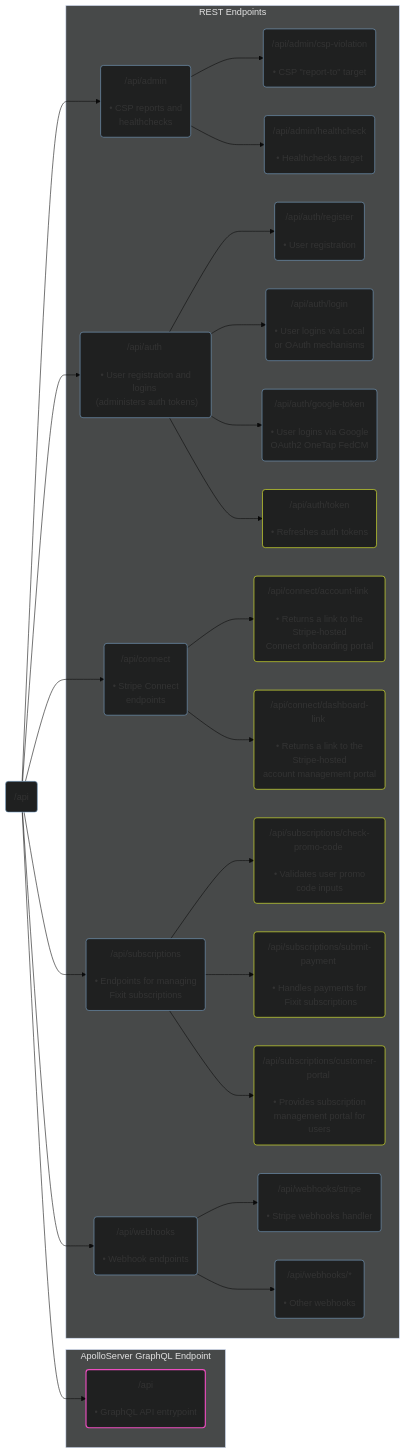
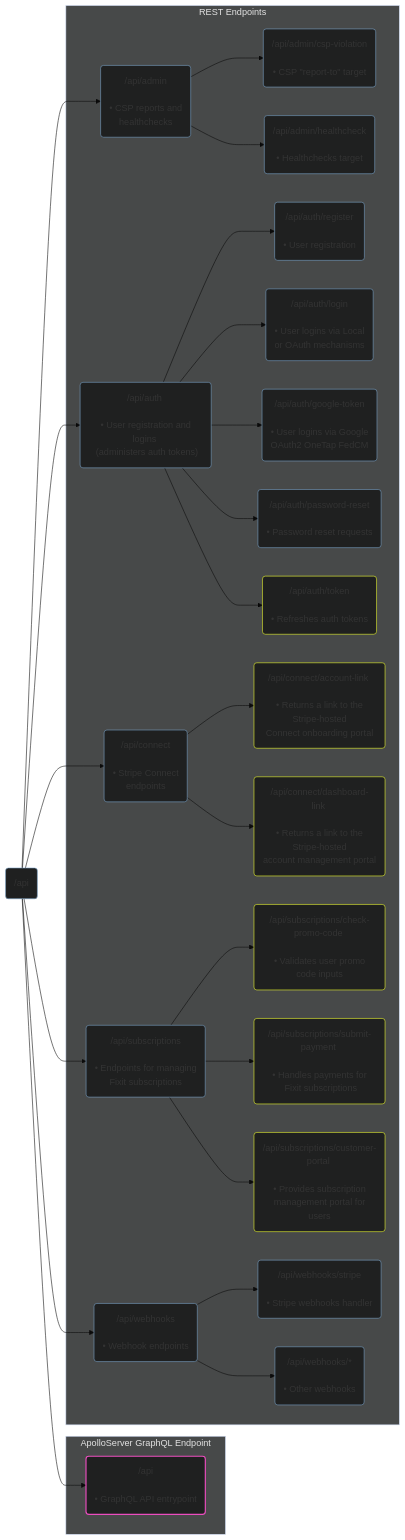
One commit to Nerdware-LLC/fixit-api changed the diagram in README.md. Above: the diagram before and after it, drawn with Mermaid (base theme). The commit also changed 19 other files, not shown here.

First line of the commit message:
feat: add reset-password functionality

````diff
--- a/README.md
+++ b/README.md
@@ -169,36 +169,37 @@
 ```mermaid
 flowchart LR
   root("/api") --> api("/api \n­\n • GraphQL API entrypoint")
   root --> admin("/api/admin \n­\n • CSP reports and \n healthchecks")
   root --> auth("/api/auth \n­\n • User registration and logins \n (administers auth tokens)")
   root --> connect("/api/connect \n­\n • Stripe Connect \n endpoints")
   root --> subs("/api/subscriptions \n­\n • Endpoints for managing \n Fixit subscriptions")
   root --> webhooks("/api/webhooks \n­\n • Webhook endpoints")
   subgraph gql ["ApolloServer GraphQL Endpoint"]
   api
   end
   subgraph express ["REST Endpoints"]
   admin --> csp("/api/admin/csp-violation \n­\n • CSP #quot;report-to#quot;" target)
   admin --> healthcheck("/api/admin/healthcheck \n­\n • Healthchecks target")
   auth --> register("/api/auth/register \n­\n • User registration")
   auth --> login("/api/auth/login \n­\n • User logins via Local\n or OAuth mechanisms")
   auth --> googleToken("/api/auth/google-token \n­\n • User logins via Google\nOAuth2 OneTap FedCM")
+  auth --> pwReset("/api/auth/password-reset \n­\n • Password reset requests")
   auth --> token("/api/auth/token \n­\n • Refreshes auth tokens")
   connect --> accountLink("/api/connect/account-link \n­\n • Returns a link to the Stripe-hosted\nConnect onboarding portal")
   connect --> dashboardLink("/api/connect/dashboard-link \n­\n • Returns a link to the Stripe-hosted\naccount management portal")
   subs --> promo("/api/subscriptions/check-promo-code \n­\n • Validates user promo code inputs")
   subs --> pay("/api/subscriptions/submit-payment \n­\n • Handles payments for \n Fixit subscriptions")
   subs --> portal("/api/subscriptions/customer-portal \n­\n • Provides subscription \n management portal for users")
   webhooks --> whStripe("/api/webhooks/stripe \n­\n • Stripe webhooks handler")
   webhooks --> whCustomer("/api/webhooks/* \n­\n • Other webhooks")
   end
 
   classDef default fill:#1f2020,stroke:#7aa4c9,stroke-width:1px
   classDef authenticationRequired stroke:#f1ff2e
   classDef authAndSubscriptionRequired stroke:#ec4dbf,stroke-width:2px
   classDef subgraphArea fill:#474949,color:#e3e3e3
 
   class promo,token,pay,portal,accountLink,dashboardLink authenticationRequired
   class api authAndSubscriptionRequired
   class express,gql subgraphArea
 ```
````
